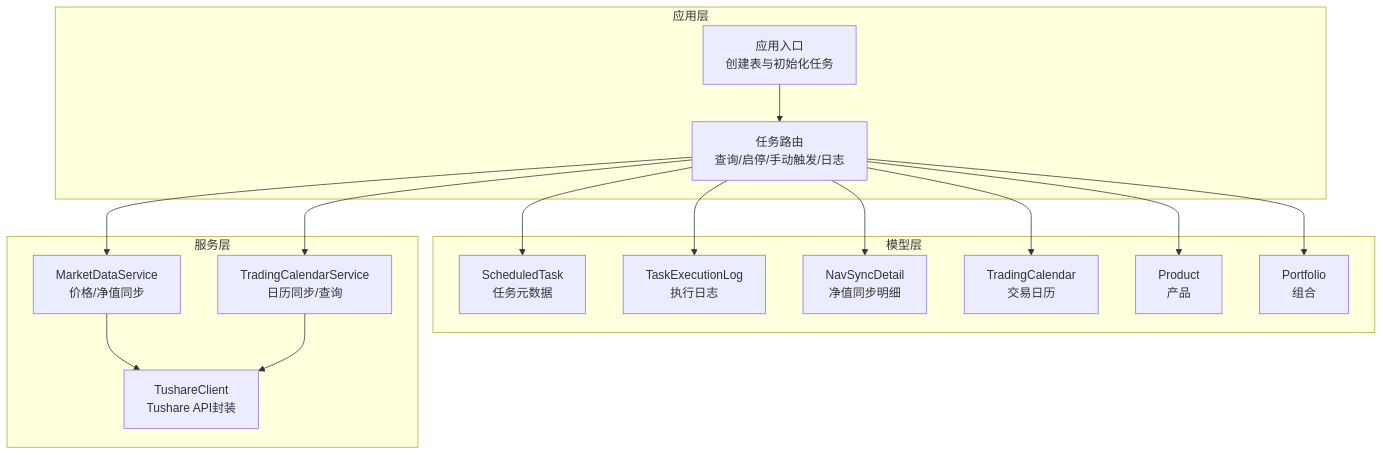
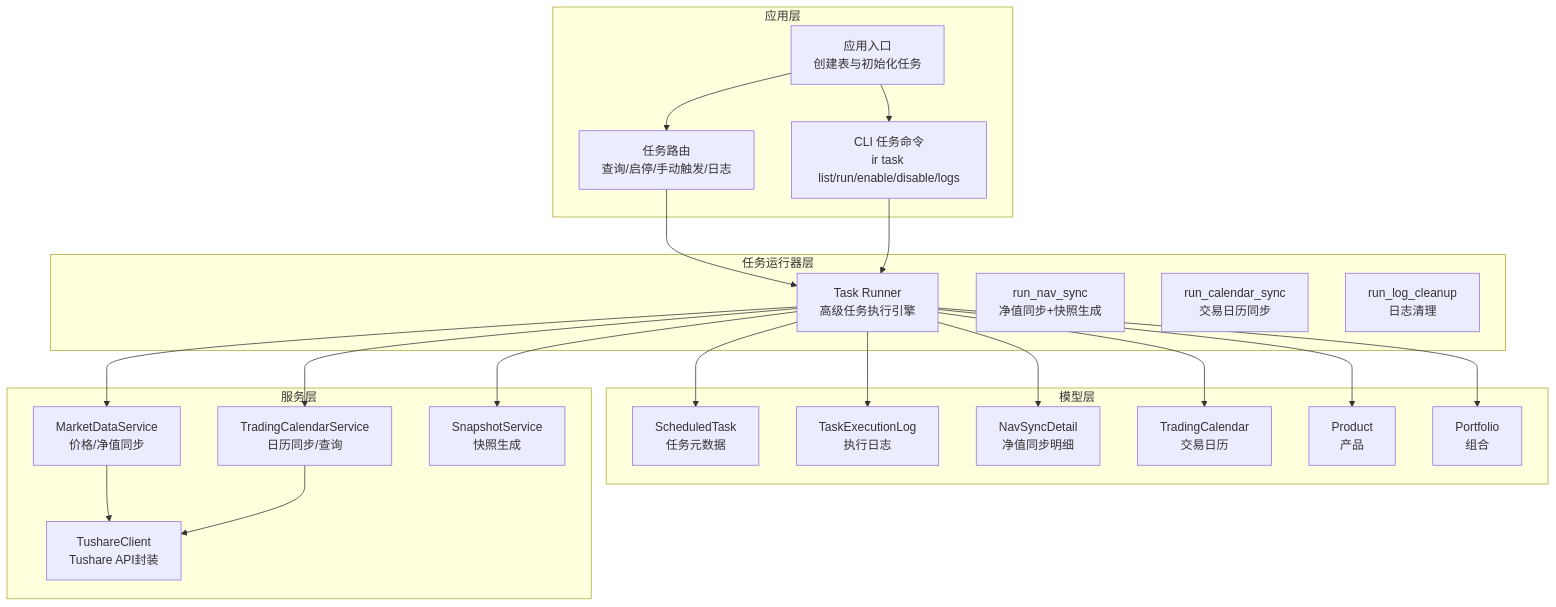
The first of 14 diagrams in .qoder/repowiki/zh/content/任务调度系统/任务调度系统.md (gujialind/InvestRing), drawn with Mermaid before and after one commit. The commit also changed other lines of this file and 44 other files, not shown here.

````diff
--- a/.qoder/repowiki/zh/content/任务调度系统/任务调度系统.md
+++ b/.qoder/repowiki/zh/content/任务调度系统/任务调度系统.md
@@ -48,31 +61,43 @@
 ```mermaid
 graph TB
 subgraph "应用层"
 MAIN["应用入口<br/>创建表与初始化任务"]
 ROUTER_TASKS["任务路由<br/>查询/启停/手动触发/日志"]
+CLI_TASKS["CLI 任务命令<br/>ir task list/run/enable/disable/logs"]
+end
+subgraph "任务运行器层"
+TASK_RUNNER["Task Runner<br/>高级任务执行引擎"]
+RUN_NAV_SYNC["run_nav_sync<br/>净值同步+快照生成"]
+RUN_CALENDAR_SYNC["run_calendar_sync<br/>交易日历同步"]
+RUN_LOG_CLEANUP["run_log_cleanup<br/>日志清理"]
 end
 subgraph "模型层"
 MODEL_TASK["ScheduledTask<br/>任务元数据"]
 MODEL_LOG["TaskExecutionLog<br/>执行日志"]
 MODEL_DETAIL["NavSyncDetail<br/>净值同步明细"]
 MODEL_CALENDAR["TradingCalendar<br/>交易日历"]
 MODEL_PRODUCT["Product<br/>产品"]
 MODEL_PORTFOLIO["Portfolio<br/>组合"]
 end
 subgraph "服务层"
 SVC_MARKET["MarketDataService<br/>价格/净值同步"]
 SVC_CALENDAR["TradingCalendarService<br/>日历同步/查询"]
 SVC_TUSHARE["TushareClient<br/>Tushare API封装"]
+SVC_SNAPSHOT["SnapshotService<br/>快照生成"]
 end
 MAIN --> ROUTER_TASKS
-ROUTER_TASKS --> MODEL_TASK
-ROUTER_TASKS --> MODEL_LOG
-ROUTER_TASKS --> MODEL_DETAIL
-ROUTER_TASKS --> MODEL_CALENDAR
-ROUTER_TASKS --> MODEL_PRODUCT
-ROUTER_TASKS --> MODEL_PORTFOLIO
-ROUTER_TASKS --> SVC_MARKET
-ROUTER_TASKS --> SVC_CALENDAR
+MAIN --> CLI_TASKS
+ROUTER_TASKS --> TASK_RUNNER
+CLI_TASKS --> TASK_RUNNER
+TASK_RUNNER --> MODEL_TASK
+TASK_RUNNER --> MODEL_LOG
+TASK_RUNNER --> MODEL_DETAIL
+TASK_RUNNER --> MODEL_CALENDAR
+TASK_RUNNER --> MODEL_PRODUCT
+TASK_RUNNER --> MODEL_PORTFOLIO
+TASK_RUNNER --> SVC_MARKET
+TASK_RUNNER --> SVC_CALENDAR
+TASK_RUNNER --> SVC_SNAPSHOT
 SVC_MARKET --> SVC_TUSHARE
 SVC_CALENDAR --> SVC_TUSHARE
 ```
````
